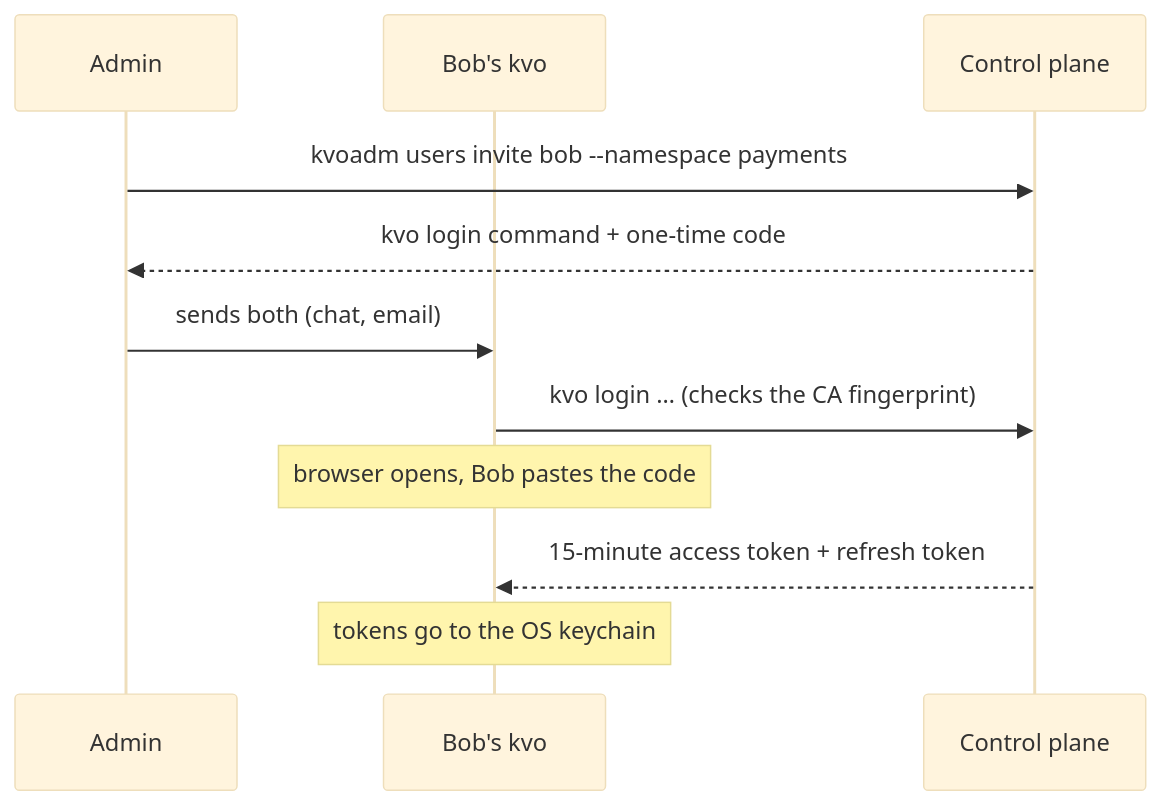
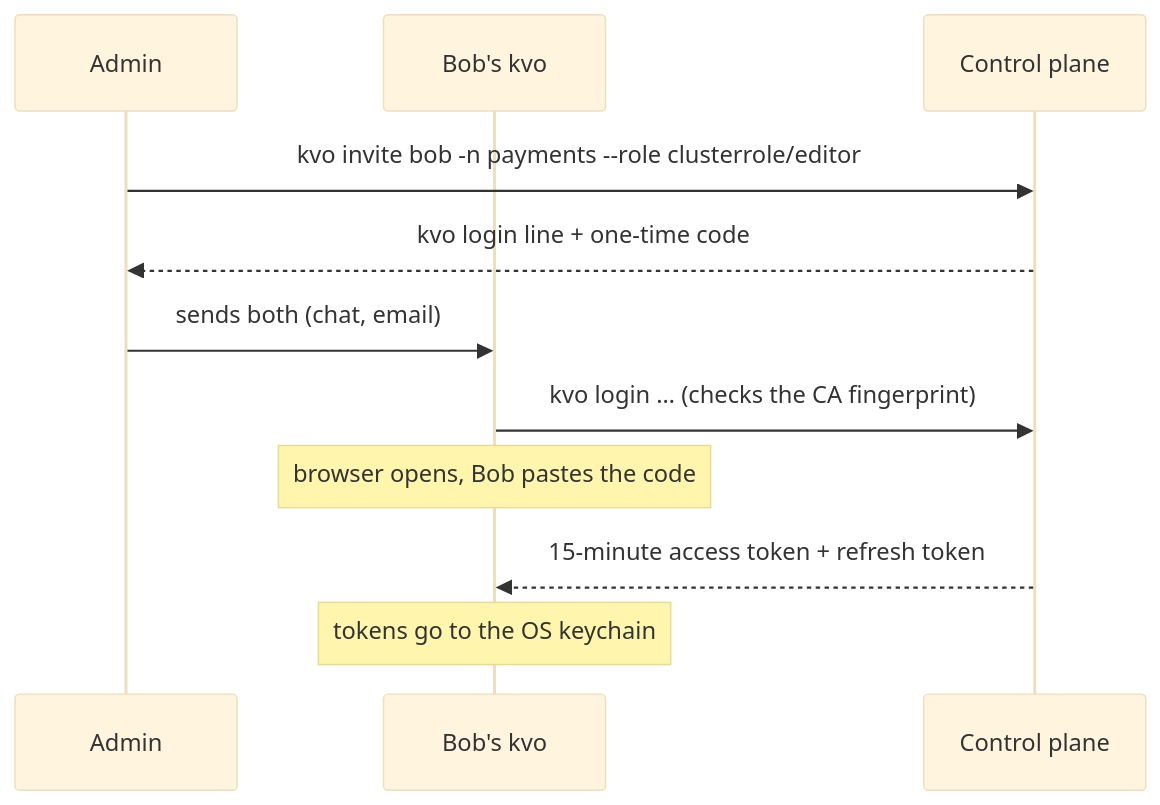
Before and after one commit to dlebee/kevaso-docs: the diagram in admin/access.md, drawn with Mermaid (base theme). The commit also changed other lines of this file and 6 other files, not shown here.

First line of the commit message:
kvo invite with explicit roles, sign-in in plain words, rc.8 install pages (#6)

````diff
--- a/admin/access.md
+++ b/admin/access.md
@@ -24,13 +24,13 @@
 ```mermaid
 sequenceDiagram
   participant Admin
   participant Bob as Bob's kvo
   participant CP as Control plane
-  Admin->>CP: kvoadm users invite bob --namespace payments
-  CP-->>Admin: kvo login command + one-time code
+  Admin->>CP: kvo invite bob -n payments --role clusterrole/editor
+  CP-->>Admin: kvo login line + one-time code
   Admin->>Bob: sends both (chat, email)
   Bob->>CP: kvo login … (checks the CA fingerprint)
   Note over Bob: browser opens, Bob pastes the code
   CP-->>Bob: 15-minute access token + refresh token
   Note over Bob: tokens go to the OS keychain
 ```
````
